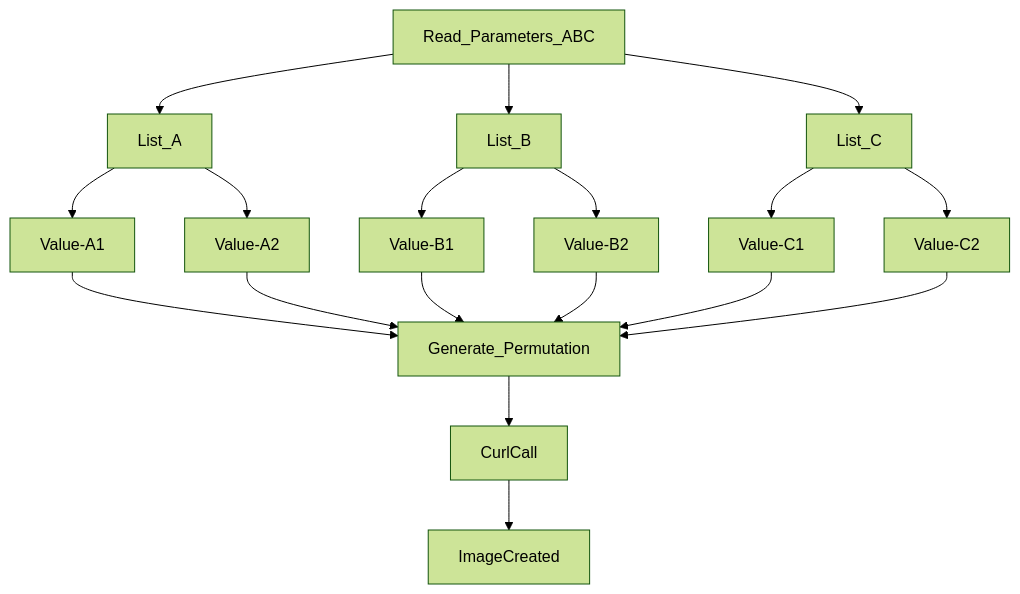
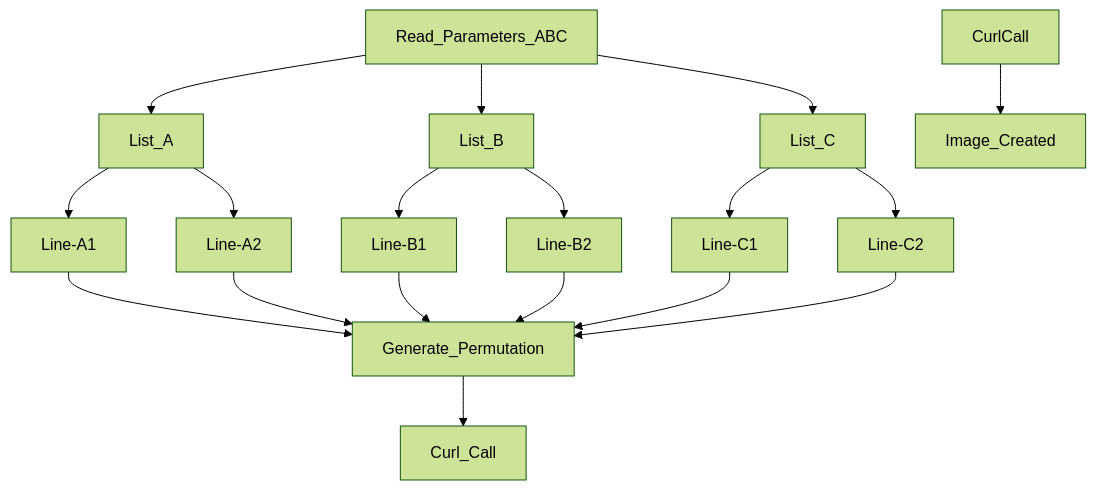
The diagram in README.md (daedon/Fooocus-API-XYZ), drawn with Mermaid (forest theme) before and after one commit.

````diff
--- a/README.md
+++ b/README.md
@@ -144,21 +144,21 @@
 ```mermaid
 graph TD;
     Read_Parameters_ABC-->List_A;
     Read_Parameters_ABC-->List_B;
     Read_Parameters_ABC-->List_C;
-    List_A-->Value-A1;
-    List_A-->Value-A2;
-    List_B-->Value-B1;
-    List_B-->Value-B2;
-    List_C-->Value-C1;
-    List_C-->Value-C2;
+    List_A-->Line-A1;
+    List_A-->Line-A2;
+    List_B-->Line-B1;
+    List_B-->Line-B2;
+    List_C-->Line-C1;
+    List_C-->Line-C2;
 
-    Value-A1-->Generate_Permutation;
-    Value-A2-->Generate_Permutation;
-    Value-B1-->Generate_Permutation;
-    Value-B2-->Generate_Permutation;
-    Value-C1-->Generate_Permutation;
-    Value-C2-->Generate_Permutation;
-    Generate_Permutation-->CurlCall;
-    CurlCall-->ImageCreated;
+    Line-A1-->Generate_Permutation;
+    Line-A2-->Generate_Permutation;
+    Line-B1-->Generate_Permutation;
+    Line-B2-->Generate_Permutation;
+    Line-C1-->Generate_Permutation;
+    Line-C2-->Generate_Permutation;
+    Generate_Permutation-->Curl_Call;
+    CurlCall-->Image_Created;
 ```
````
